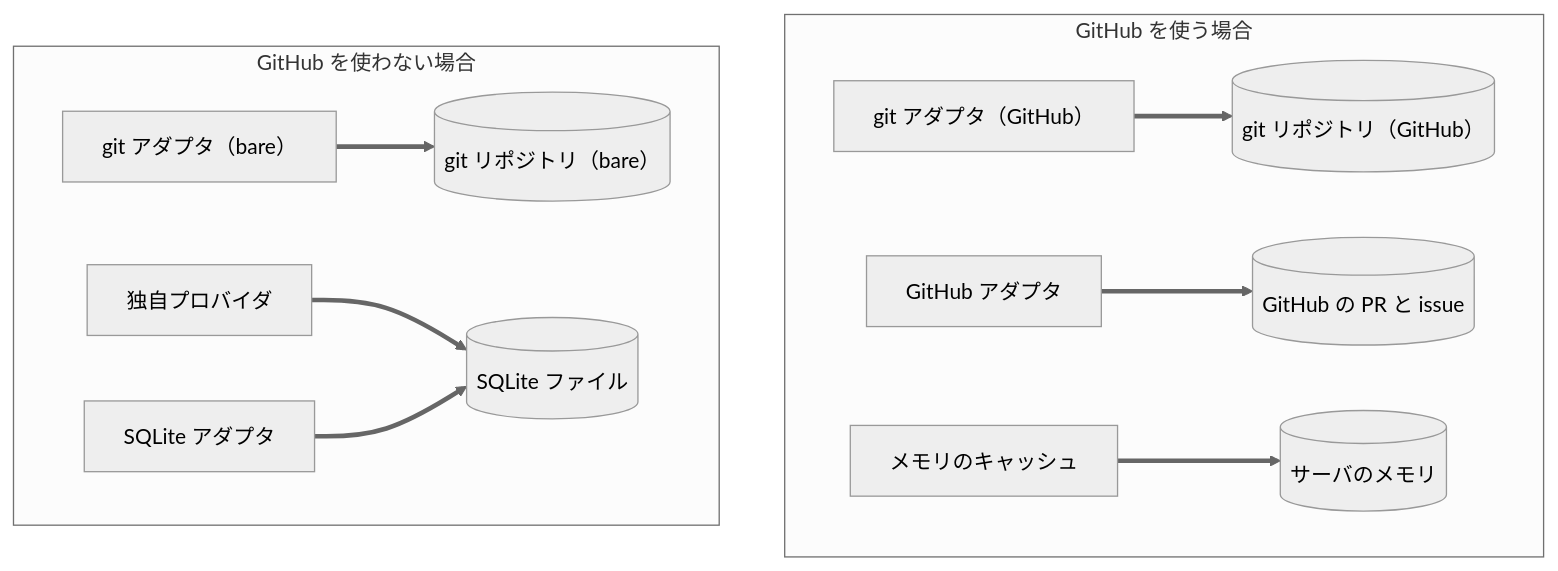
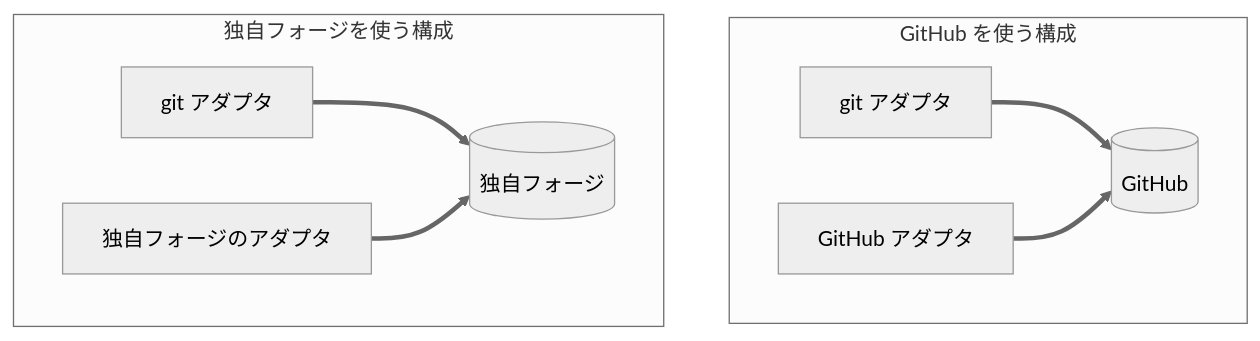
Before and after one commit to yamambainc/logiforge: the diagram in design/adapters/README.md, drawn with Mermaid (neutral theme). The commit also changed other lines of this file and 24 other files, not shown here.

````diff
--- a/design/adapters/README.md
+++ b/design/adapters/README.md
@@ -17,13 +16,11 @@
 ```mermaid
 flowchart TB
-  subgraph G["GitHub を使う場合"]
-    G1["git アダプタ（GitHub）"] ==> G1D[("git リポジトリ（GitHub）")]
-    G2["GitHub アダプタ"] ==> G2D[("GitHub の PR と issue")]
-    G3["メモリのキャッシュ"] ==> G3D[("サーバのメモリ")]
+  subgraph G["GitHub を使う構成"]
+    G1["git アダプタ"] ==> GH[("GitHub")]
+    G2["GitHub アダプタ"] ==> GH
   end
-  subgraph N["GitHub を使わない場合"]
-    N1["git アダプタ（bare）"] ==> N1D[("git リポジトリ（bare）")]
-    N2["独自プロバイダ"] ==> N3D[("SQLite ファイル")]
-    N3["SQLite アダプタ"] ==> N3D
+  subgraph N["独自フォージを使う構成"]
+    N1["git アダプタ"] ==> NF[("独自フォージ")]
+    N2["独自フォージのアダプタ"] ==> NF
   end
 ```
````
